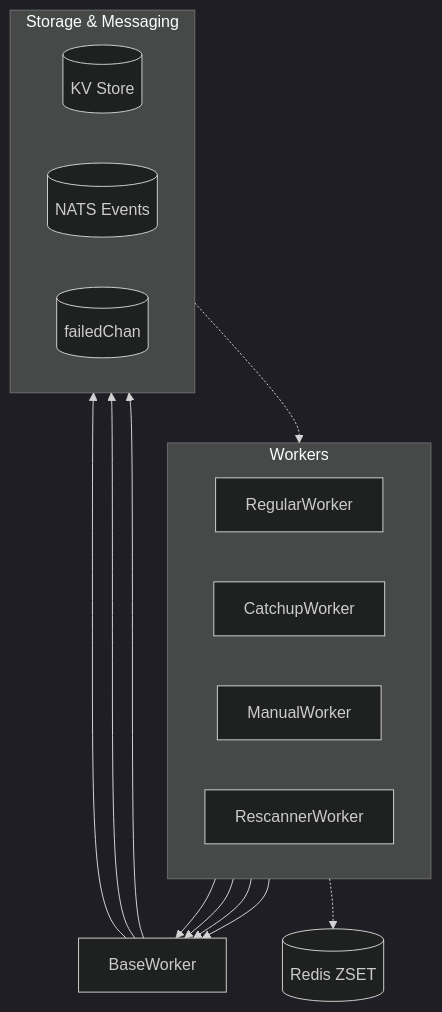
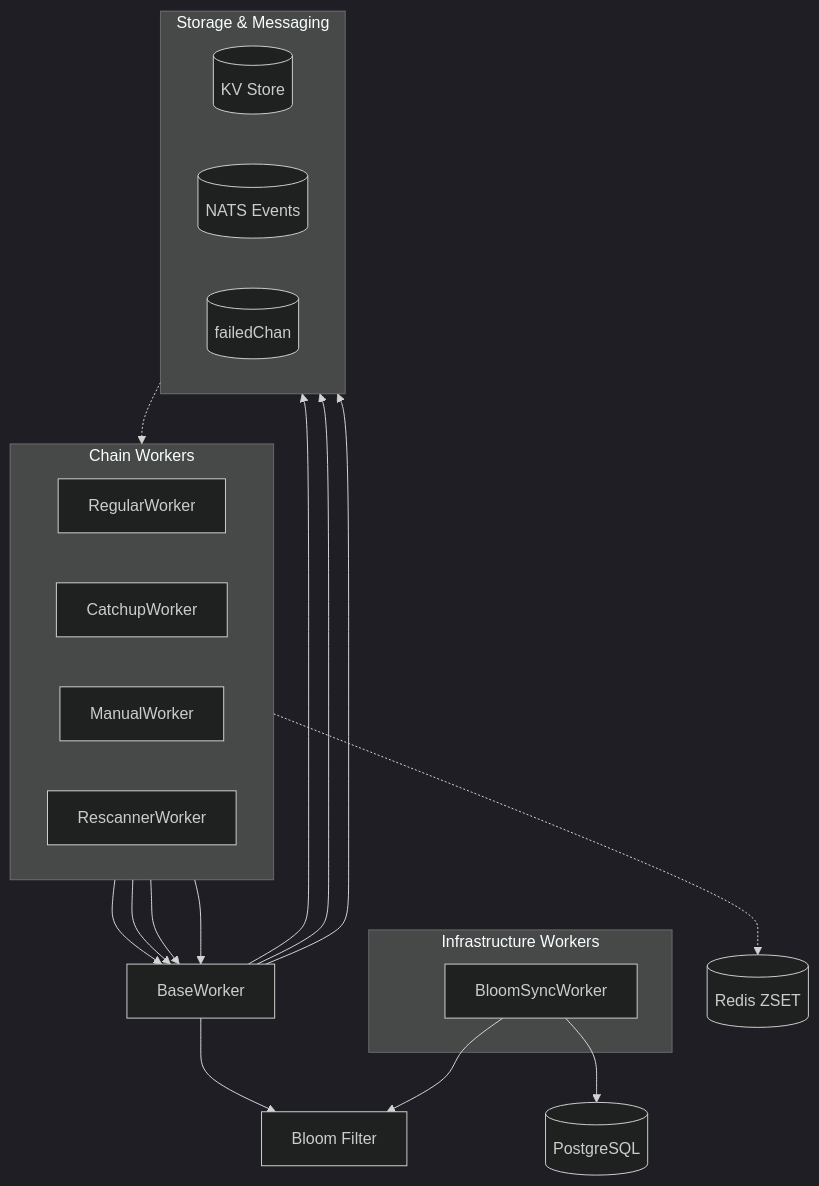
Before and after one commit to fystack/multichain-indexer: the diagram in README.md, drawn with Mermaid (dark theme). The commit also changed other lines of this file, not shown here.

Commit message:
feat: Document the new BloomSyncWorker for real-time address synchronization and update worker counts in the README.

````diff
--- a/README.md
+++ b/README.md
@@ -27,38 +27,49 @@
 ```mermaid
 flowchart TB
-    subgraph Workers ["Workers"]
+    subgraph Workers ["Chain Workers"]
         direction LR
         R[RegularWorker]
         C[CatchupWorker]
         M[ManualWorker]
         Re[RescannerWorker]
+    end
+
+    subgraph Infrastructure ["Infrastructure Workers"]
+        BS[BloomSyncWorker]
     end
 
     BW[BaseWorker]
 
     subgraph Storage ["Storage & Messaging"]
         direction LR
         KV[(KV Store)]
         NATS[(NATS Events)]
         FChan[(failedChan)]
     end
 
     Redis[(Redis ZSET)]
+    DB[(PostgreSQL)]
+    BF[Bloom Filter]
 
     %% Workers to BaseWorker
     R --> BW
     C --> BW
     M --> BW
     Re --> BW
 
     %% BaseWorker connections
     BW --> KV
     BW --> NATS
     BW --> FChan
+    BW --> BF
 
     %% Feedback failedChan -> Rescanner
     FChan -.-> Re
 
     %% ManualWorker special connection
     M -.-> Redis
+
+    %% BloomSyncWorker connections
+    BS --> DB
+    BS --> BF
 ```
````
